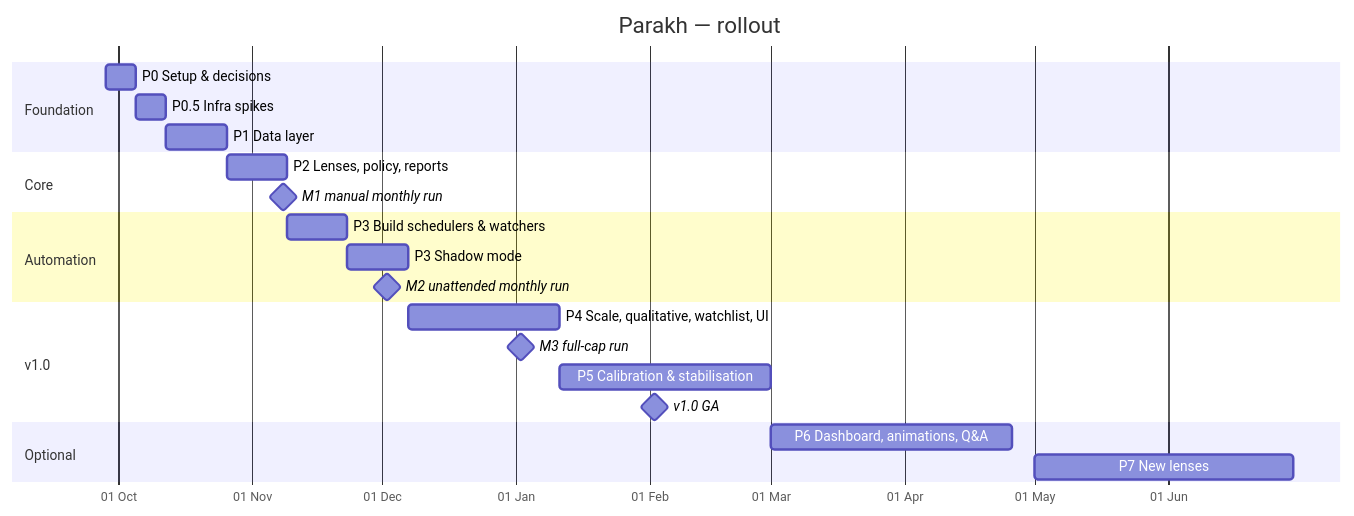
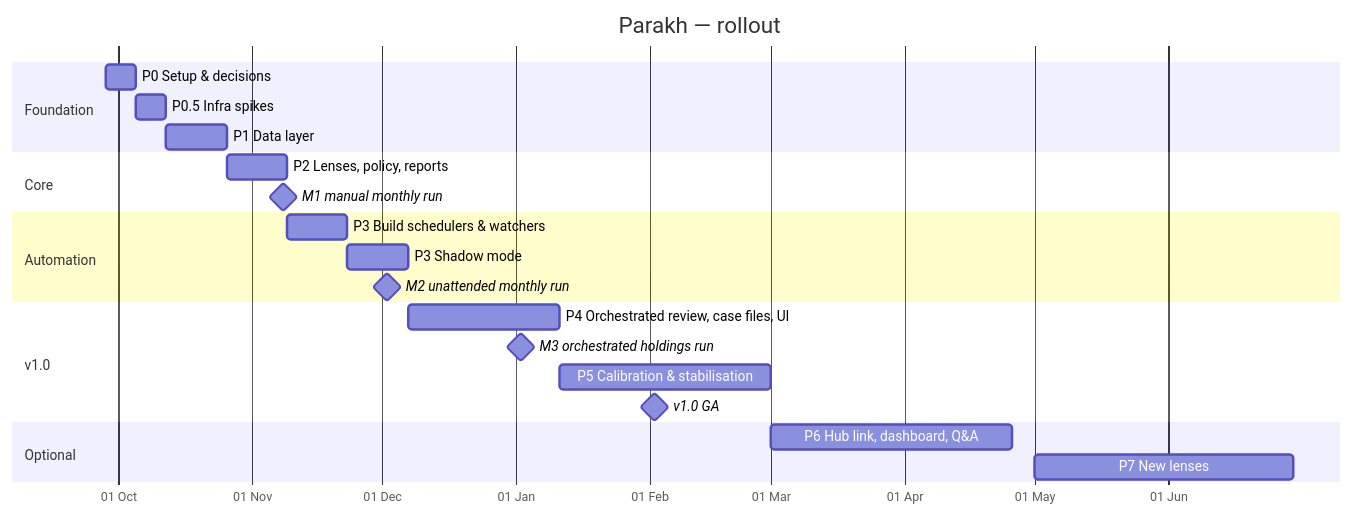
The diagram in docs/plan/09_PHASED_ROLLOUT_PLAN.md (atallam/Parakh), drawn with Mermaid before and after one commit. The commit also changed other lines of this file and 17 other files, not shown here.

First line of the commit message:
docs: D26-D30 holdings coverage, orchestrator, Hub integration seam, Drishti freeze (plans 17, 18) (#42)

````diff
--- a/docs/plan/09_PHASED_ROLLOUT_PLAN.md
+++ b/docs/plan/09_PHASED_ROLLOUT_PLAN.md
@@ -36,25 +37,25 @@
 ```mermaid
 gantt
     title Parakh — rollout
     dateFormat  YYYY-MM-DD
     axisFormat  %d %b
     section Foundation
     P0 Setup & decisions           :p0, 2026-09-28, 7d
     P0.5 Infra spikes              :p05, after p0, 7d
     P1 Data layer                  :p1, after p05, 14d
     section Core
     P2 Lenses, policy, reports     :p2, after p1, 14d
     M1 manual monthly run          :milestone, m1, 2026-11-08, 0d
     section Automation
     P3 Build schedulers & watchers :p3a, 2026-11-09, 14d
     P3 Shadow mode                 :p3b, after p3a, 14d
     M2 unattended monthly run      :milestone, m2, 2026-12-02, 0d
     section v1.0
-    P4 Scale, qualitative, watchlist, UI :p4, 2026-12-07, 35d
-    M3 full-cap run                :milestone, m3, 2027-01-02, 0d
+    P4 Orchestrated review, case files, UI :p4, 2026-12-07, 35d
+    M3 orchestrated holdings run                :milestone, m3, 2027-01-02, 0d
     P5 Calibration & stabilisation :p5, 2027-01-11, 49d
     v1.0 GA                        :milestone, ga, 2027-02-02, 0d
     section Optional
-    P6 Dashboard, animations, Q&A  :p6, 2027-03-01, 56d
+    P6 Hub link, dashboard, Q&A  :p6, 2027-03-01, 56d
     P7 New lenses                  :p7, 2027-05-01, 60d
 ```
````
